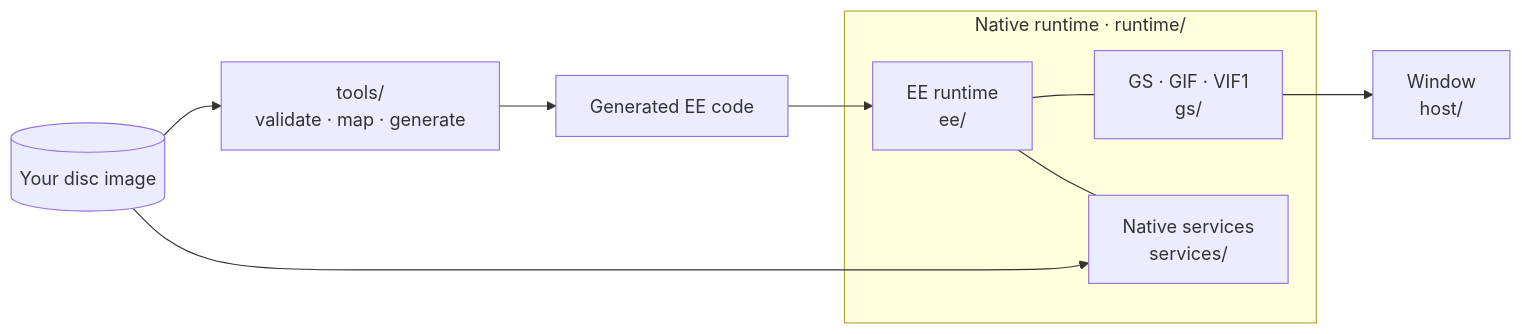
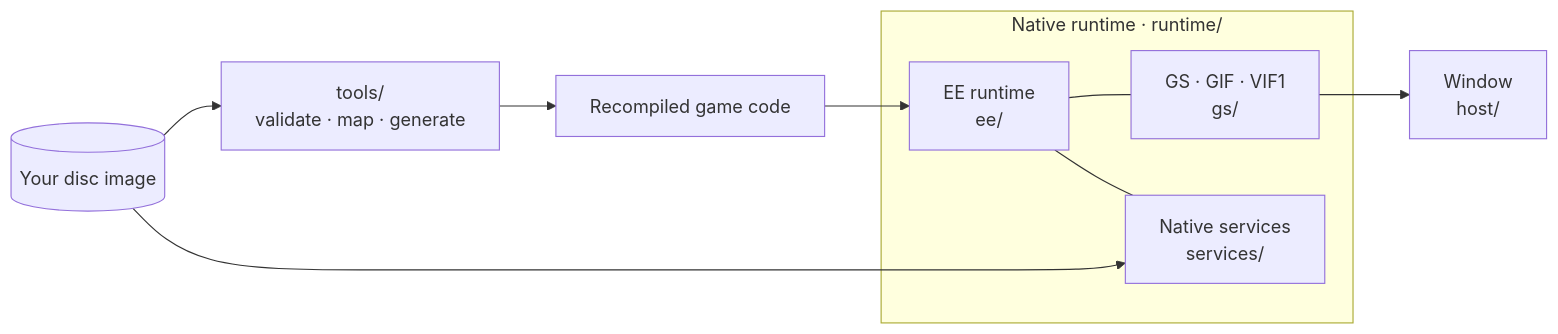
One commit to oric212/BT2-Recomp changed the diagram in README.md. Above: the diagram before and after it, drawn with Mermaid. The commit also changed other lines of this file and 2 other files, not shown here.

````diff
--- a/README.md
+++ b/README.md
@@ -78,12 +61,12 @@
 ```mermaid
 flowchart LR
     disc[("Your disc image")] --> tools["tools/<br/>validate · map · generate"]
-    tools --> ee["Generated EE code"]
+    tools --> ee["Recompiled game code"]
     subgraph runtime["Native runtime · runtime/"]
         eert["EE runtime<br/>ee/"] --- gs["GS · GIF · VIF1<br/>gs/"]
         eert --- services["Native services<br/>services/"]
     end
     ee --> eert
     disc --> services
     gs --> host["Window<br/>host/"]
 ```
````
